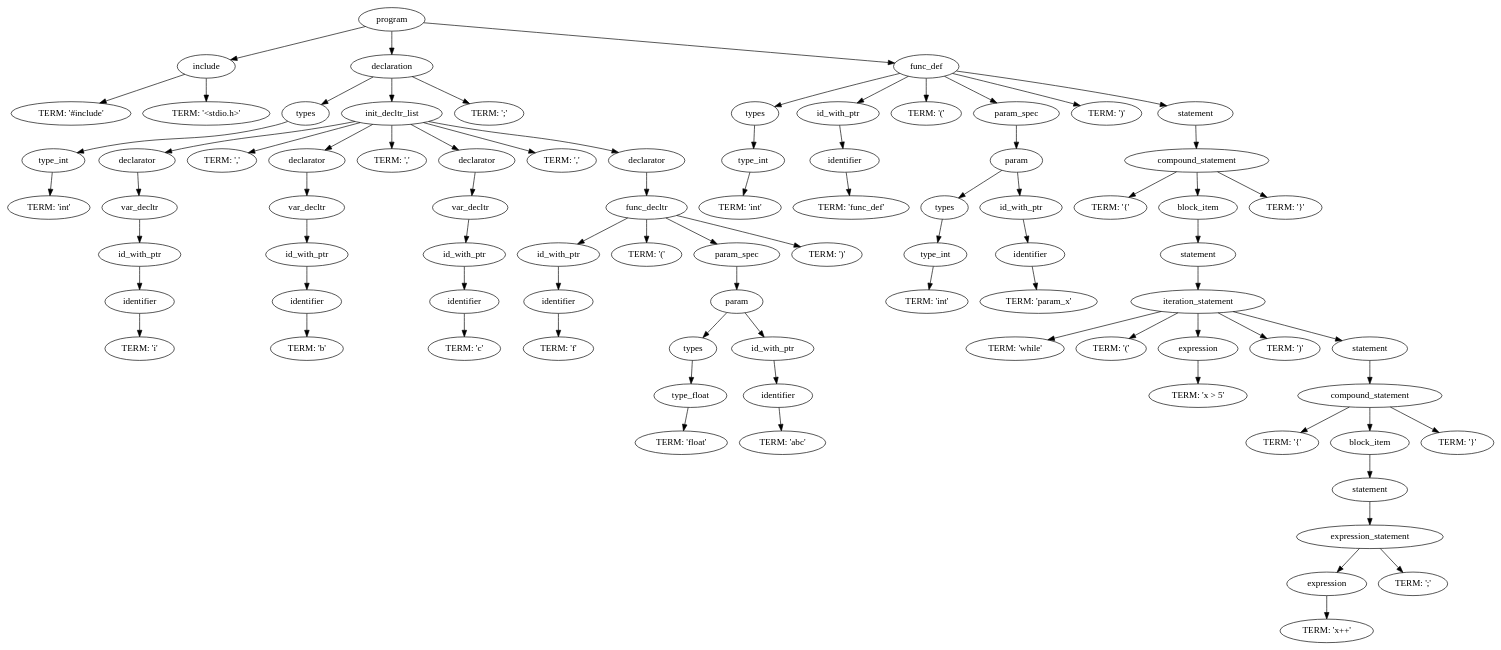
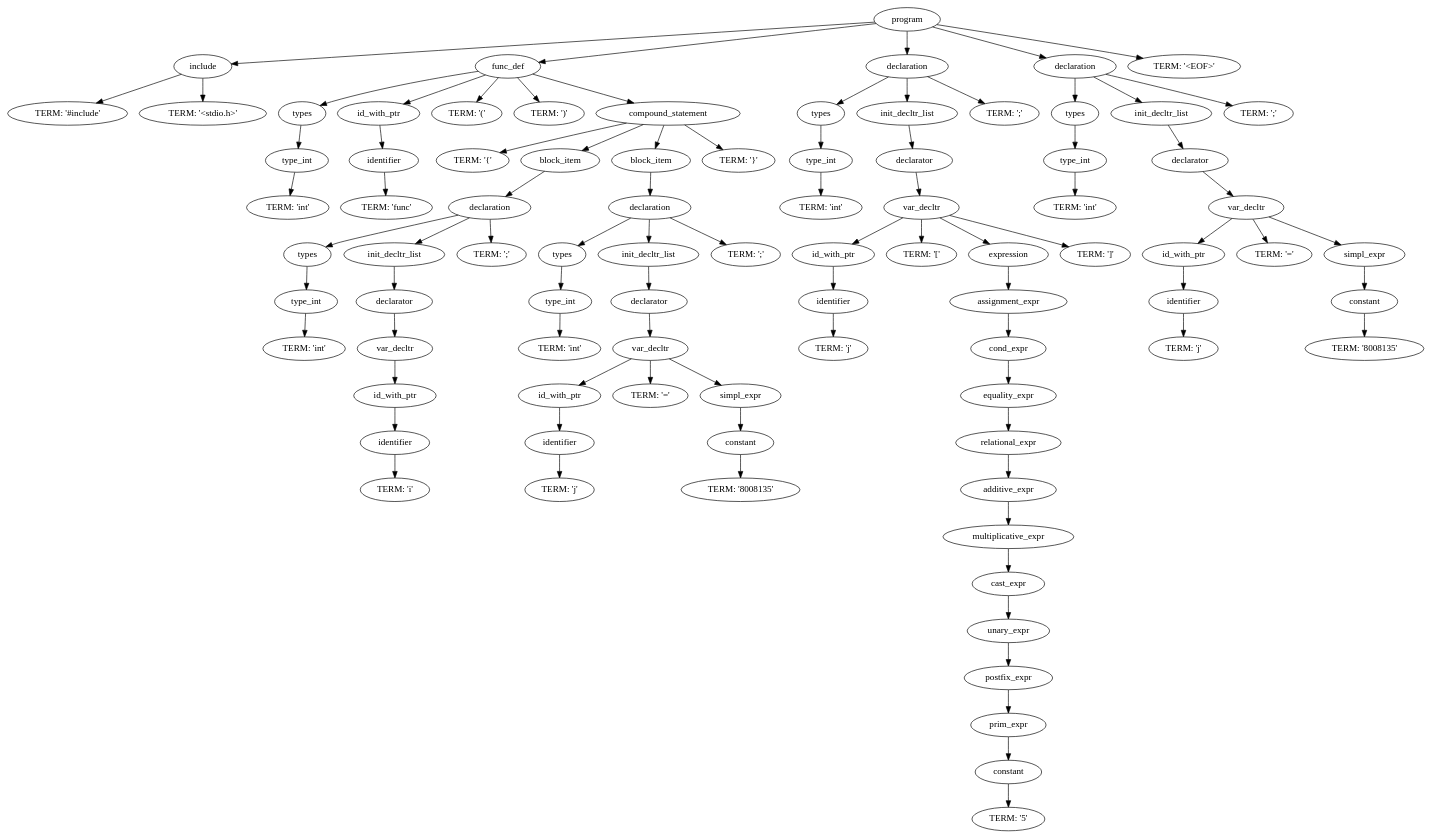
Before and after one commit to DeSchepperCedric/C-Compiler: the diagram in output.dot, drawn with Graphviz. The commit also changed 4 other files, not shown here.

```diff
--- a/output.dot
+++ b/output.dot
@@ -1,165 +1,173 @@
 digraph G {
 	0 [label="program"];
 	0 -> 1;
 	1 [label="include"];
 	1 -> 2;
 	2 [label="TERM: '#include'"];
 	1 -> 3;
 	3 [label="TERM: '<stdio.h>'"];
 	0 -> 4;
-	4 [label="declaration"];
+	4 [label="func_def"];
 	4 -> 5;
 	5 [label="types"];
 	5 -> 6;
 	6 [label="type_int"];
 	6 -> 7;
 	7 [label="TERM: 'int'"];
 	4 -> 8;
-	8 [label="init_decltr_list"];
+	8 [label="id_with_ptr"];
 	8 -> 9;
-	9 [label="declarator"];
+	9 [label="identifier"];
 	9 -> 10;
-	10 [label="var_decltr"];
-	10 -> 11;
-	11 [label="id_with_ptr"];
-	11 -> 12;
-	12 [label="identifier"];
-	12 -> 13;
-	13 [label="TERM: 'i'"];
-	8 -> 14;
-	14 [label="TERM: ','"];
-	8 -> 15;
-	15 [label="declarator"];
+	10 [label="TERM: 'func'"];
+	4 -> 11;
+	11 [label="TERM: '('"];
+	4 -> 12;
+	12 [label="TERM: ')'"];
+	4 -> 13;
+	13 [label="compound_statement"];
+	13 -> 14;
+	14 [label="TERM: '{'"];
+	13 -> 15;
+	15 [label="block_item"];
 	15 -> 16;
-	16 [label="var_decltr"];
+	16 [label="declaration"];
 	16 -> 17;
-	17 [label="id_with_ptr"];
+	17 [label="types"];
 	17 -> 18;
-	18 [label="identifier"];
+	18 [label="type_int"];
 	18 -> 19;
-	19 [label="TERM: 'b'"];
-	8 -> 20;
-	20 [label="TERM: ','"];
-	8 -> 21;
+	19 [label="TERM: 'int'"];
+	16 -> 20;
+	20 [label="init_decltr_list"];
+	20 -> 21;
 	21 [label="declarator"];
 	21 -> 22;
 	22 [label="var_decltr"];
 	22 -> 23;
 	23 [label="id_with_ptr"];
 	23 -> 24;
 	24 [label="identifier"];
 	24 -> 25;
-	25 [label="TERM: 'c'"];
-	8 -> 26;
-	26 [label="TERM: ','"];
-	8 -> 27;
-	27 [label="declarator"];
+	25 [label="TERM: 'i'"];
+	16 -> 26;
+	26 [label="TERM: ';'"];
+	13 -> 27;
+	27 [label="block_item"];
 	27 -> 28;
-	28 [label="func_decltr"];
+	28 [label="declaration"];
 	28 -> 29;
-	29 [label="id_with_ptr"];
+	29 [label="types"];
 	29 -> 30;
-	30 [label="identifier"];
+	30 [label="type_int"];
 	30 -> 31;
-	31 [label="TERM: 'f'"];
+	31 [label="TERM: 'int'"];
 	28 -> 32;
-	32 [label="TERM: '('"];
-	28 -> 33;
-	33 [label="param_spec"];
+	32 [label="init_decltr_list"];
+	32 -> 33;
+	33 [label="declarator"];
 	33 -> 34;
-	34 [label="param"];
+	34 [label="var_decltr"];
 	34 -> 35;
-	35 [label="types"];
+	35 [label="id_with_ptr"];
 	35 -> 36;
-	36 [label="type_float"];
+	36 [label="identifier"];
 	36 -> 37;
-	37 [label="TERM: 'float'"];
+	37 [label="TERM: 'j'"];
 	34 -> 38;
-	38 [label="id_with_ptr"];
-	38 -> 39;
-	39 [label="identifier"];
+	38 [label="TERM: '='"];
+	34 -> 39;
+	39 [label="simpl_expr"];
 	39 -> 40;
-	40 [label="TERM: 'abc'"];
-	28 -> 41;
-	41 [label="TERM: ')'"];
-	4 -> 42;
+	40 [label="constant"];
+	40 -> 41;
+	41 [label="TERM: '8008135'"];
+	28 -> 42;
 	42 [label="TERM: ';'"];
-	0 -> 43;
-	43 [label="func_def"];
-	43 -> 44;
-	44 [label="types"];
+	13 -> 43;
+	43 [label="TERM: '}'"];
+	0 -> 44;
+	44 [label="declaration"];
 	44 -> 45;
-	45 [label="type_int"];
+	45 [label="types"];
 	45 -> 46;
-	46 [label="TERM: 'int'"];
-	43 -> 47;
-	47 [label="id_with_ptr"];
-	47 -> 48;
-	48 [label="identifier"];
+	46 [label="type_int"];
+	46 -> 47;
+	47 [label="TERM: 'int'"];
+	44 -> 48;
+	48 [label="init_decltr_list"];
 	48 -> 49;
-	49 [label="TERM: 'func_def'"];
-	43 -> 50;
-	50 [label="TERM: '('"];
-	43 -> 51;
-	51 [label="param_spec"];
+	49 [label="declarator"];
+	49 -> 50;
+	50 [label="var_decltr"];
+	50 -> 51;
+	51 [label="id_with_ptr"];
 	51 -> 52;
-	52 [label="param"];
+	52 [label="identifier"];
 	52 -> 53;
-	53 [label="types"];
-	53 -> 54;
-	54 [label="type_int"];
-	54 -> 55;
-	55 [label="TERM: 'int'"];
-	52 -> 56;
-	56 [label="id_with_ptr"];
+	53 [label="TERM: 'j'"];
+	50 -> 54;
+	54 [label="TERM: '['"];
+	50 -> 55;
+	55 [label="expression"];
+	55 -> 56;
+	56 [label="assignment_expr"];
 	56 -> 57;
-	57 [label="identifier"];
+	57 [label="cond_expr"];
 	57 -> 58;
-	58 [label="TERM: 'param_x'"];
-	43 -> 59;
-	59 [label="TERM: ')'"];
-	43 -> 60;
-	60 [label="statement"];
+	58 [label="equality_expr"];
+	58 -> 59;
+	59 [label="relational_expr"];
+	59 -> 60;
+	60 [label="additive_expr"];
 	60 -> 61;
-	61 [label="compound_statement"];
+	61 [label="multiplicative_expr"];
 	61 -> 62;
-	62 [label="TERM: '{'"];
-	61 -> 63;
-	63 [label="block_item"];
+	62 [label="cast_expr"];
+	62 -> 63;
+	63 [label="unary_expr"];
 	63 -> 64;
-	64 [label="statement"];
+	64 [label="postfix_expr"];
 	64 -> 65;
-	65 [label="iteration_statement"];
+	65 [label="prim_expr"];
 	65 -> 66;
-	66 [label="TERM: 'while'"];
-	65 -> 67;
-	67 [label="TERM: '('"];
-	65 -> 68;
-	68 [label="expression"];
-	68 -> 69;
-	69 [label="TERM: 'x > 5'"];
-	65 -> 70;
-	70 [label="TERM: ')'"];
-	65 -> 71;
-	71 [label="statement"];
+	66 [label="constant"];
+	66 -> 67;
+	67 [label="TERM: '5'"];
+	50 -> 68;
+	68 [label="TERM: ']'"];
+	44 -> 69;
+	69 [label="TERM: ';'"];
+	0 -> 70;
+	70 [label="declaration"];
+	70 -> 71;
+	71 [label="types"];
 	71 -> 72;
-	72 [label="compound_statement"];
+	72 [label="type_int"];
 	72 -> 73;
-	73 [label="TERM: '{'"];
-	72 -> 74;
-	74 [label="block_item"];
+	73 [label="TERM: 'int'"];
+	70 -> 74;
+	74 [label="init_decltr_list"];
 	74 -> 75;
-	75 [label="statement"];
+	75 [label="declarator"];
 	75 -> 76;
-	76 [label="expression_statement"];
+	76 [label="var_decltr"];
 	76 -> 77;
-	77 [label="expression"];
+	77 [label="id_with_ptr"];
 	77 -> 78;
-	78 [label="TERM: 'x++'"];
-	76 -> 79;
-	79 [label="TERM: ';'"];
-	72 -> 80;
-	80 [label="TERM: '}'"];
-	61 -> 81;
-	81 [label="TERM: '}'"];
+	78 [label="identifier"];
+	78 -> 79;
+	79 [label="TERM: 'j'"];
+	76 -> 80;
+	80 [label="TERM: '='"];
+	76 -> 81;
+	81 [label="simpl_expr"];
+	81 -> 82;
+	82 [label="constant"];
+	82 -> 83;
+	83 [label="TERM: '8008135'"];
+	70 -> 84;
+	84 [label="TERM: ';'"];
+	0 -> 85;
+	85 [label="TERM: '<EOF>'"];
 }
```
